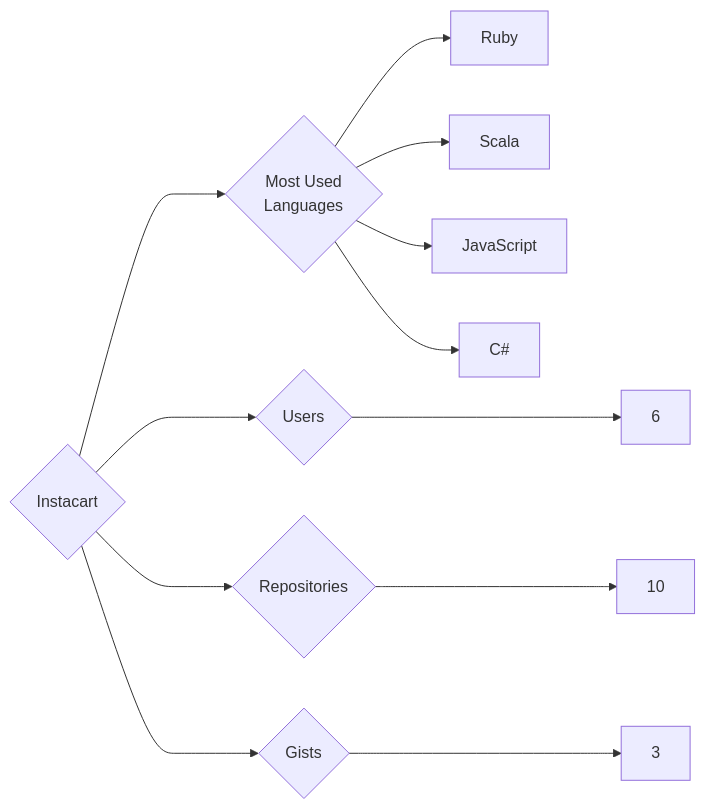
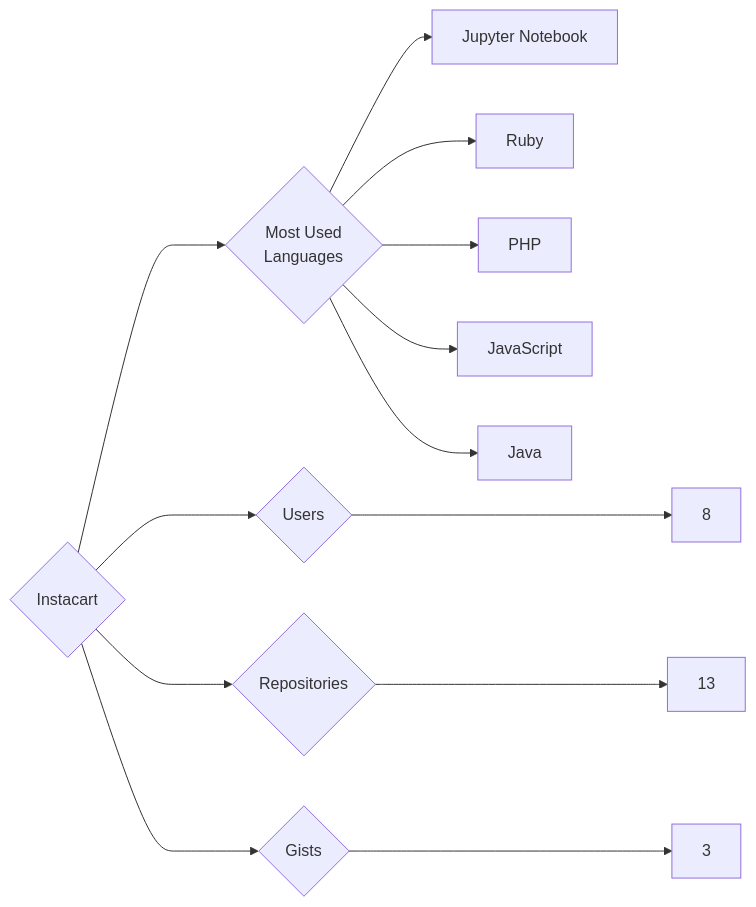
Before and after one commit to trickest/insiders: the diagram in targets/Instacart/README.md, drawn with Mermaid. The commit also changed 988 other files, not shown here.

````diff
--- a/targets/Instacart/README.md
+++ b/targets/Instacart/README.md
@@ -3,12 +3,13 @@
 ```mermaid
 graph LR
 COMPANY_NAME{Instacart}
-COMPANY_NAME ---> U{Users} ---> UN[6]
-COMPANY_NAME ---> R{Repositories} ---> RN[10]
+COMPANY_NAME ---> U{Users} ---> UN[8]
+COMPANY_NAME ---> R{Repositories} ---> RN[13]
 COMPANY_NAME ---> G{Gists} ---> GN[3]
 COMPANY_NAME ---> ML{Most Used<br>Languages}
+ML --> Jupyter_Notebook[Jupyter Notebook]
 ML --> Ruby[Ruby]
-ML --> Scala[Scala]
+ML --> PHP[PHP]
 ML --> JavaScript[JavaScript]
-ML --> C#[C#]
+ML --> Java[Java]
 ```
````
